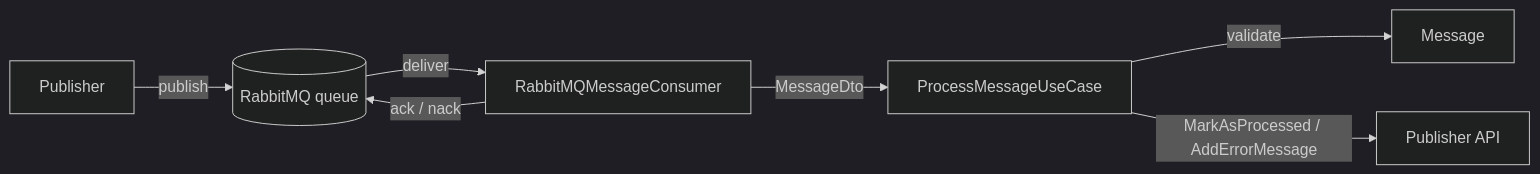
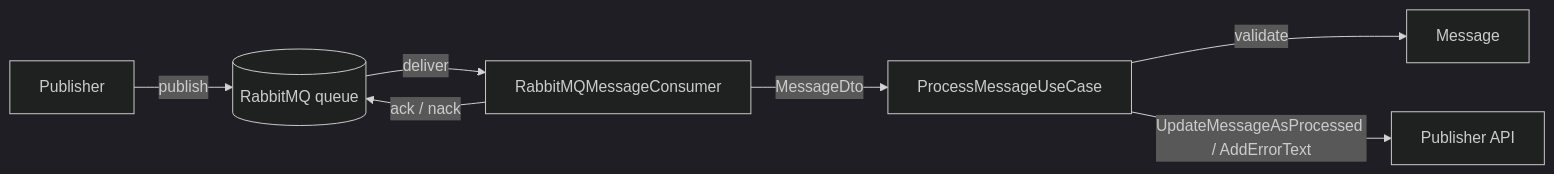
Before and after one commit to Judamaro/rabbitmqconsumer-dotnet: the diagram in README.md, drawn with Mermaid (dark theme). The commit also changed other lines of this file and 11 other files, not shown here.

First line of the commit message:
refactor: rename publisher API operations to UpdateMessageAsProcessed and AddErrorText

````diff
--- a/README.md
+++ b/README.md
@@ -7,9 +7,9 @@
 ```mermaid
 flowchart LR
     Publisher[Publisher] -->|publish| Queue[(RabbitMQ queue)]
     Queue -->|deliver| Consumer[RabbitMQMessageConsumer]
     Consumer -->|MessageDto| UseCase[ProcessMessageUseCase]
     UseCase -->|validate| Domain[Message]
-    UseCase -->|MarkAsProcessed / AddErrorMessage| Api[Publisher API]
+    UseCase -->|UpdateMessageAsProcessed / AddErrorText| Api[Publisher API]
     Consumer -->|ack / nack| Queue
 ```
````
